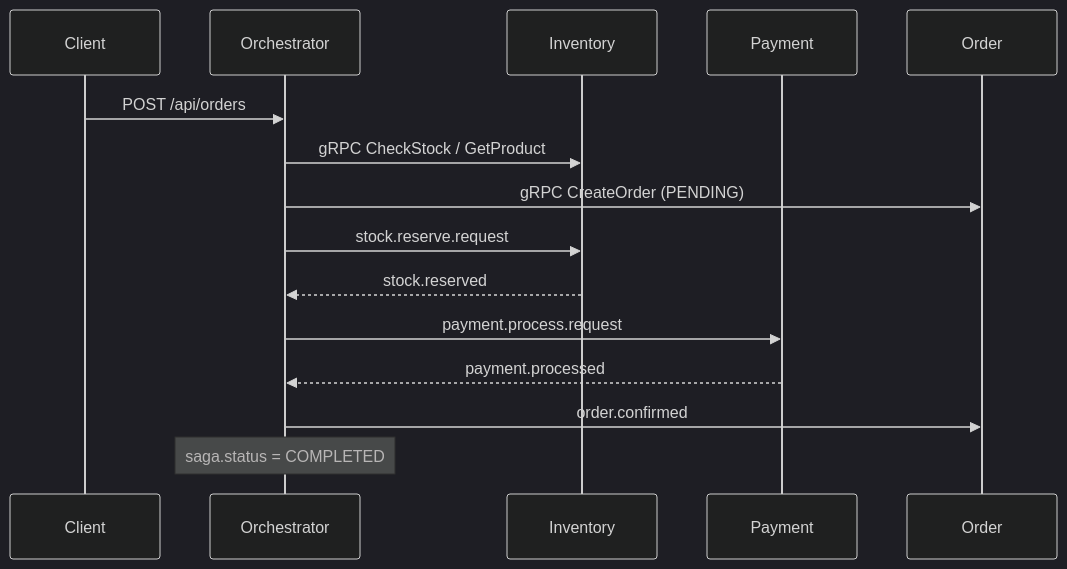
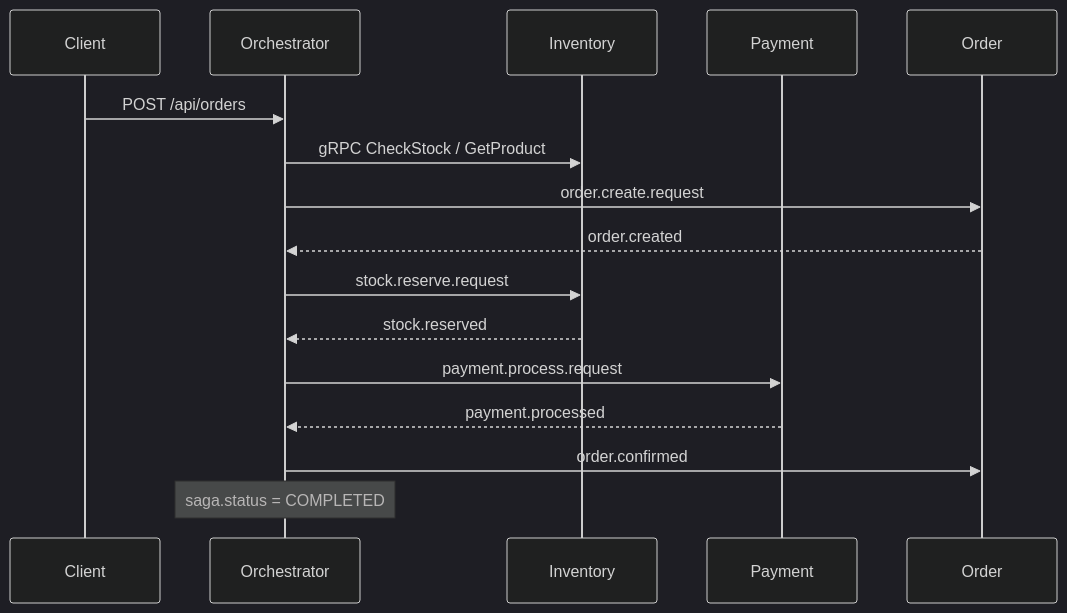
Before and after one commit to alitalhacoban/spring-saga-payment-system: the second of 4 diagrams in README.md, drawn with Mermaid (dark theme). The commit also changed other lines of this file and 15 other files, not shown here.

Commit message:
fix: replace synchronous gRPC order creation with async Kafka outbox command to eliminate orphan-order risk

````diff
--- a/README.md
+++ b/README.md
@@ -47,18 +46,19 @@
 ```mermaid
 sequenceDiagram
     participant Client
     participant Orchestrator
     participant Inventory
     participant Payment
     participant Order
 
     Client->>Orchestrator: POST /api/orders
     Orchestrator->>Inventory: gRPC CheckStock / GetProduct
-    Orchestrator->>Order: gRPC CreateOrder (PENDING)
+    Orchestrator->>Order: order.create.request
+    Order-->>Orchestrator: order.created
     Orchestrator->>Inventory: stock.reserve.request
     Inventory-->>Orchestrator: stock.reserved
     Orchestrator->>Payment: payment.process.request
     Payment-->>Orchestrator: payment.processed
     Orchestrator->>Order: order.confirmed
     Note over Orchestrator: saga.status = COMPLETED
 ```
````
